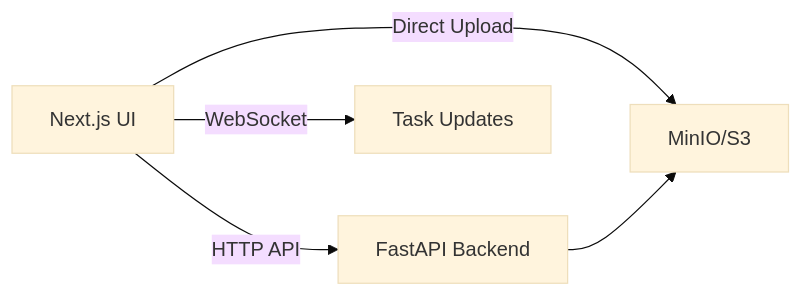
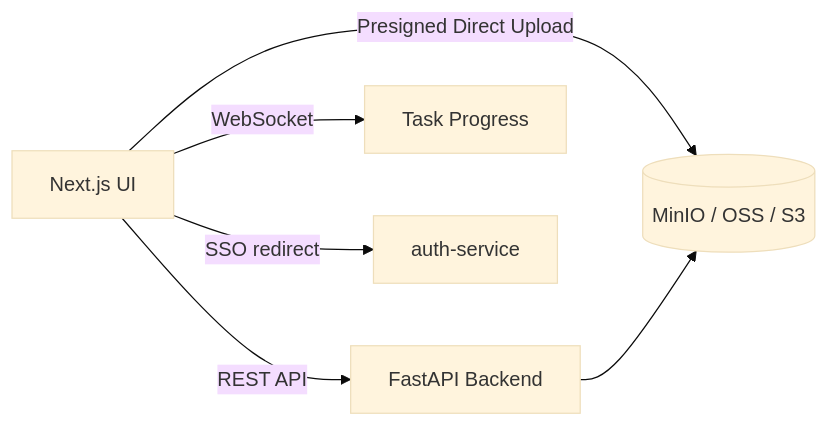
Before and after one commit to HyxiaoGe/ai-audio-assistant-ui: the diagram in README.md, drawn with Mermaid (base theme). The commit also changed other lines of this file, not shown here.

````diff
--- a/README.md
+++ b/README.md
@@ -36,7 +83,8 @@
 ```mermaid
 flowchart LR
-  UI[Next.js UI] -->|HTTP API| BE[FastAPI Backend]
-  UI -->|WebSocket| WS[Task Updates]
-  UI -->|Direct Upload| S3[MinIO/S3]
+  UI[Next.js UI] -->|REST API| BE[FastAPI Backend]
+  UI -->|WebSocket| WS[Task Progress]
+  UI -->|Presigned Direct Upload| S3[(MinIO / OSS / S3)]
+  UI -->|SSO redirect| AUTH[auth-service]
   BE --> S3
 ```
````
